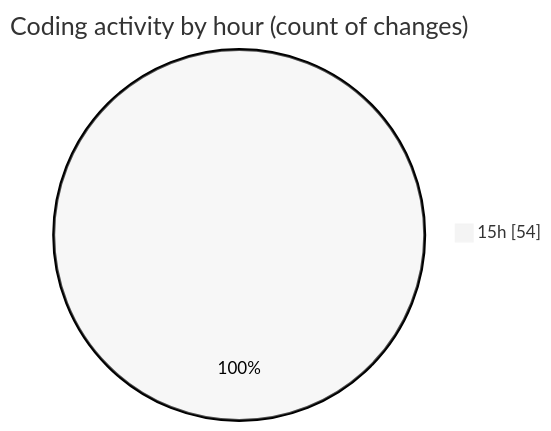
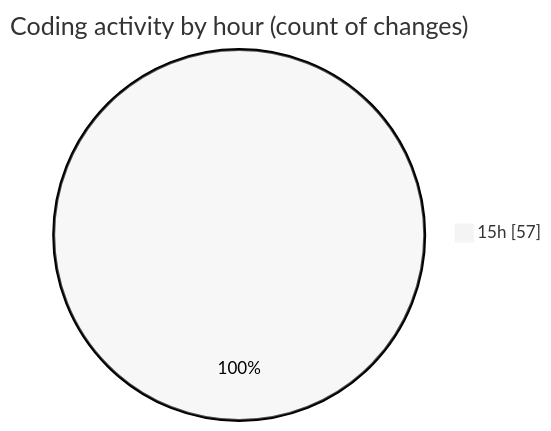
One commit to lephambinh05/code-tracking changed the second of 2 diagrams in 2025-07-13/rentotp/README.md. Above: the diagram before and after it, drawn with Mermaid (neutral theme). The commit also changed other lines of this file and 1 other file, not shown here.

````diff
--- a/2025-07-13/rentotp/README.md
+++ b/2025-07-13/rentotp/README.md
@@ -52,5 +54,5 @@
 ```mermaid
 pie showData
 title Coding activity by hour (count of changes)
-"15h" : 54
+"15h" : 57
 ```
````
